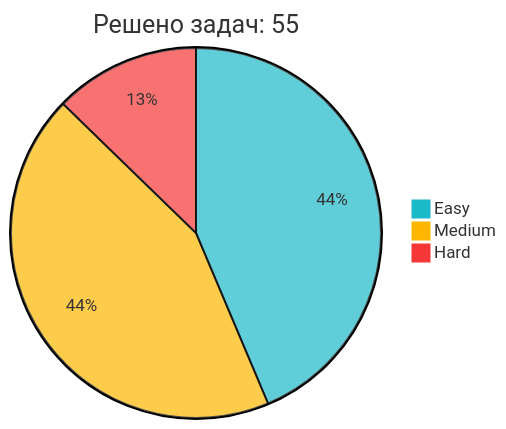
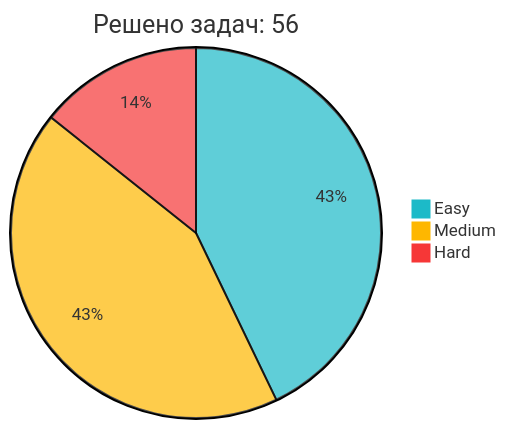
The diagram in README.md (IliaKurdukov/IliaKurdukov), drawn with Mermaid before and after one commit. The commit also changed other lines of this file, not shown here.

Commit message:
📈 Обновление статистики LeetCode

````diff
--- a/README.md
+++ b/README.md
@@ -51,7 +51,7 @@
 ```mermaid
 %%{init: {'theme': 'base', 'themeVariables': { 'pie1': '#1CBAC8', 'pie2': '#FEB700', 'pie3': '#F63737' }, 'config': {'width': 300, 'height': 200}}}%%
-pie title Решено задач: 55
+pie title Решено задач: 56
    "Easy" : 24
    "Medium" : 24
-   "Hard" : 7
+   "Hard" : 8
 ```
````
